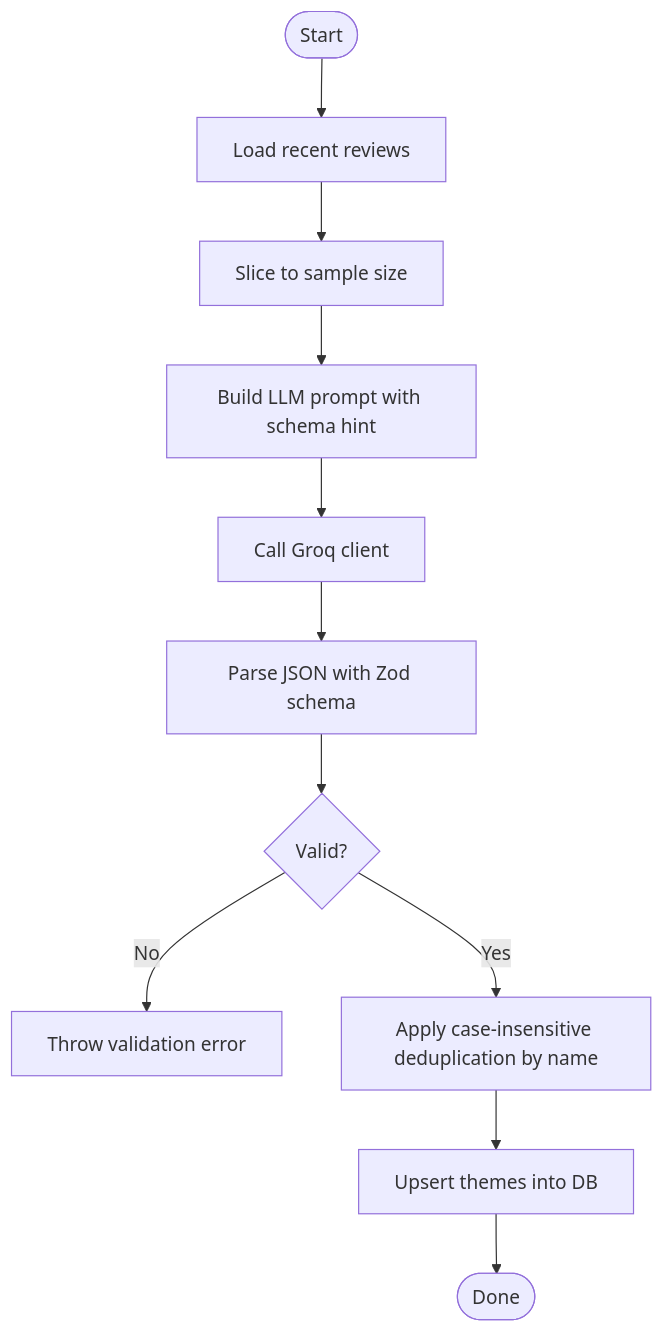
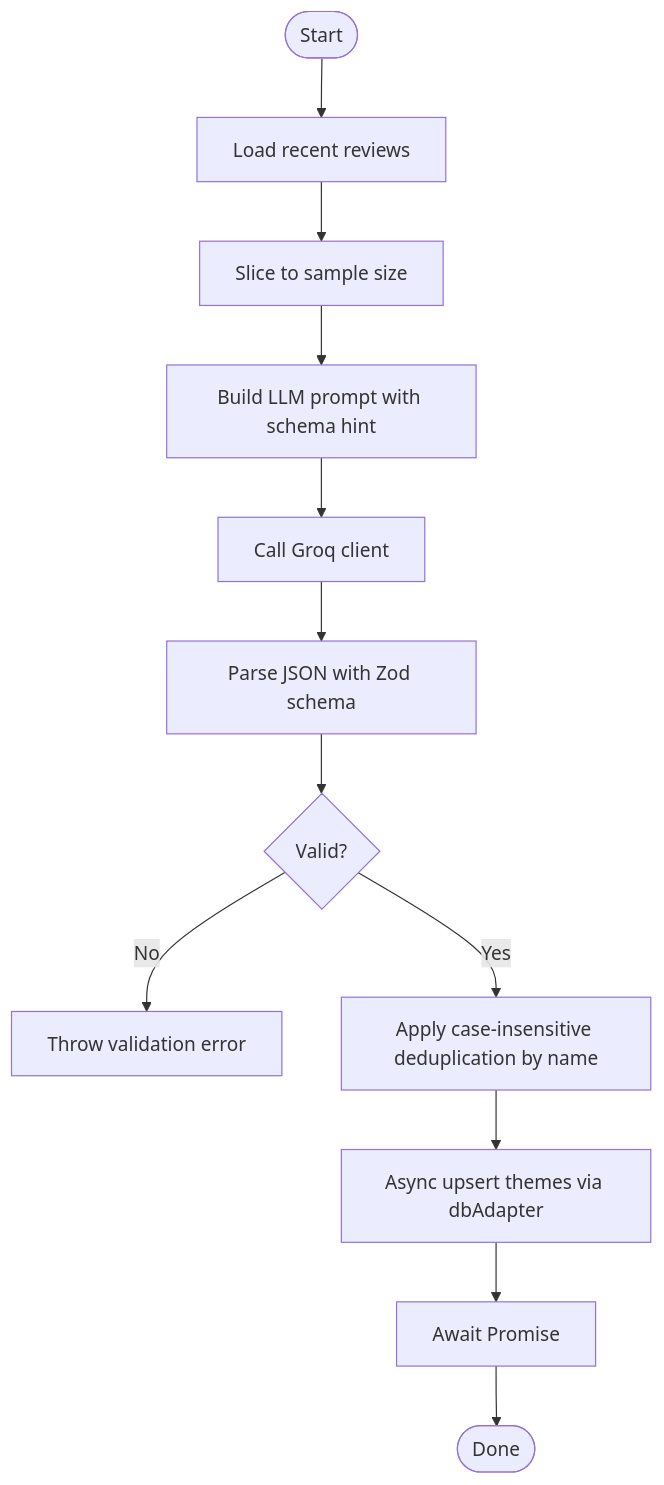
Before and after one commit to aravinthraj-ramalingam/Groww-App-Review-Insights-Analyzer-: the fourth of 9 diagrams in .qoder/repowiki/en/content/Phase 2_ Advanced Analytics & Automation/Theme Generation & Management.md, drawn with Mermaid. The commit also changed other lines of this file and 10 other files, not shown here.

````diff
--- a/.qoder/repowiki/en/content/Phase 2_ Advanced Analytics & Automation/Theme Generation & Management.md
+++ b/.qoder/repowiki/en/content/Phase 2_ Advanced Analytics & Automation/Theme Generation & Management.md
@@ -194,13 +242,14 @@
 ```mermaid
 flowchart TD
 Start(["Start"]) --> Load["Load recent reviews"]
 Load --> Sample["Slice to sample size"]
 Sample --> BuildPrompt["Build LLM prompt with schema hint"]
 BuildPrompt --> CallLLM["Call Groq client"]
 CallLLM --> Parse["Parse JSON with Zod schema"]
 Parse --> Valid{"Valid?"}
 Valid --> |No| Fail["Throw validation error"]
 Valid --> |Yes| Dedupe["Apply case-insensitive deduplication by name"]
-Dedupe --> Upsert["Upsert themes into DB"]
-Upsert --> Done(["Done"])
+Dedupe --> AsyncUpsert["Async upsert themes via dbAdapter"]
+AsyncUpsert --> AwaitResult["Await Promise<ids>"]
+AwaitResult --> Done(["Done"])
 ```
````
